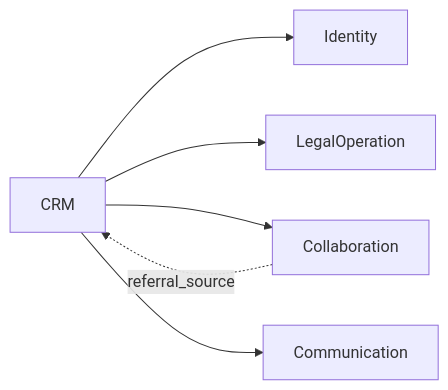
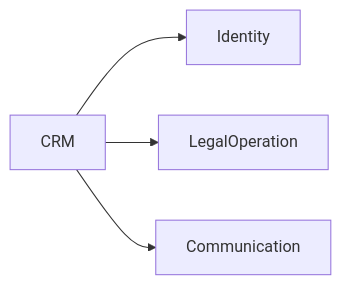
Before and after one commit to PNCTriet/DYN_CRM_BACKEND: the fourth of 7 diagrams in docs/02-domain/CRM.md, drawn with Mermaid. The commit also changed other lines of this file and 46 other files, not shown here.

````diff
--- a/docs/02-domain/CRM.md
+++ b/docs/02-domain/CRM.md
@@ -151,8 +157,6 @@
 ```mermaid
 flowchart LR
   CRM[CRM] --> ID[Identity]
   CRM --> LEG[LegalOperation]
-  CRM --> COL[Collaboration]
   CRM --> COM[Communication]
-  COL -.->|referral_source| CRM
 ```
````
